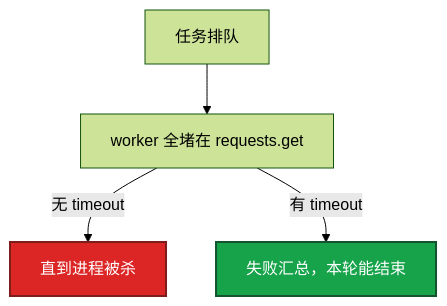
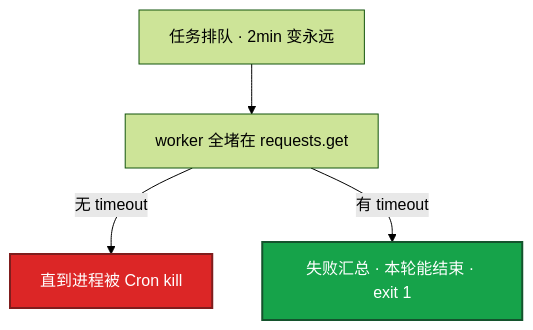
The second of 2 diagrams in 06-开发能力/02-Python运维/练习题.md (ml-cuizijun/LearnToLilith), drawn with Mermaid (forest theme) before and after one commit. The commit also changed other lines of this file and 213 other files, not shown here.

````diff
--- a/06-开发能力/02-Python运维/练习题.md
+++ b/06-开发能力/02-Python运维/练习题.md
@@ -283,11 +317,11 @@
 ```mermaid
 flowchart TB
-    A[任务排队] --> B[worker 全堵在 requests.get]
-    B -->|无 timeout| C[直到进程被杀]
-    B -->|有 timeout| D[失败汇总，本轮能结束]
+    A[任务排队 · 2min 变永远] --> B[worker 全堵在 requests.get]
+    B -->|无 timeout| C[直到进程被 Cron kill]
+    B -->|有 timeout| D[失败汇总 · 本轮能结束 · exit 1]
 
     classDef bad fill:#DC2626,stroke:#7F1D1D,stroke-width:2px,color:#fff
     classDef ok fill:#16A34A,stroke:#14532D,stroke-width:2px,color:#fff
     class C bad
     class D ok
 ```
````
